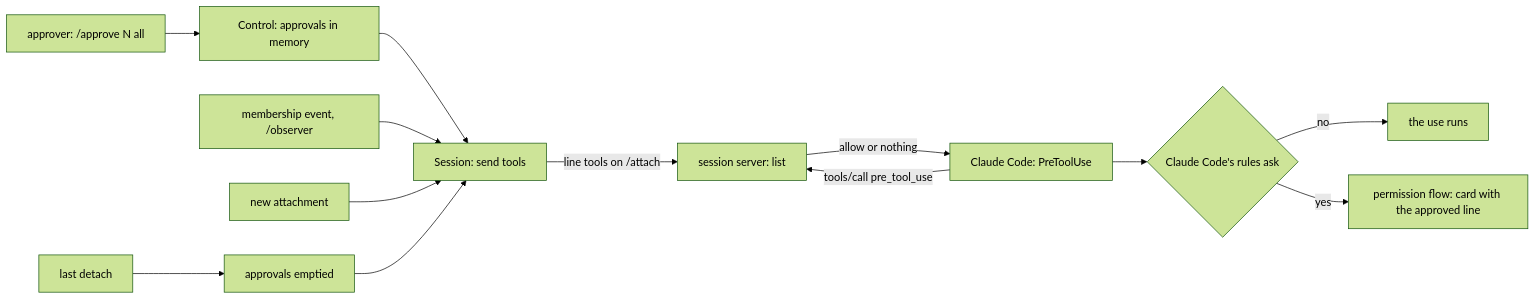
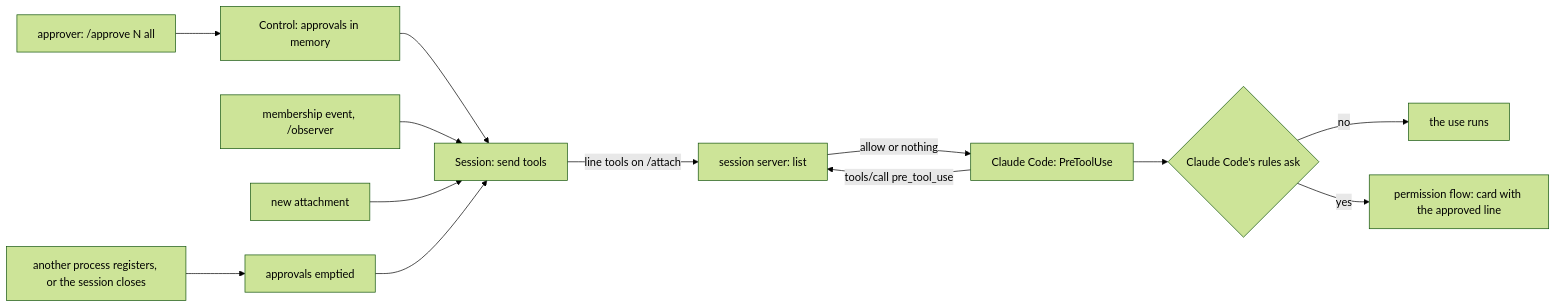
Before and after one commit to simplex-chat/simplex-chat: the third of 4 diagrams in plans/2026-11-13-mcp-allow-tool.md, drawn with Mermaid (forest theme). The commit also changed other lines of this file, not shown here.

````diff
--- a/plans/2026-11-13-mcp-allow-tool.md
+++ b/plans/2026-11-13-mcp-allow-tool.md
@@ -238,15 +245,15 @@
 ```mermaid
 flowchart LR
   O[approver: /approve N all] --> C[Control: approvals in memory]
   C --> H[Session: send tools]
   E[membership event, /observer] --> H
   A[new attachment] --> H
   H -- line tools on /attach --> L[session server: list]
-  X[last detach] --> Z[approvals emptied]
+  X[another process registers, or the session closes] --> Z[approvals emptied]
   Z --> H
   P[Claude Code: PreToolUse] -- tools/call pre_tool_use --> L
   L -- allow or nothing --> P
   P --> R{Claude Code's rules ask}
   R -- no --> U[the use runs]
   R -- yes --> Q[permission flow: card with the approved line]
 ```
````
